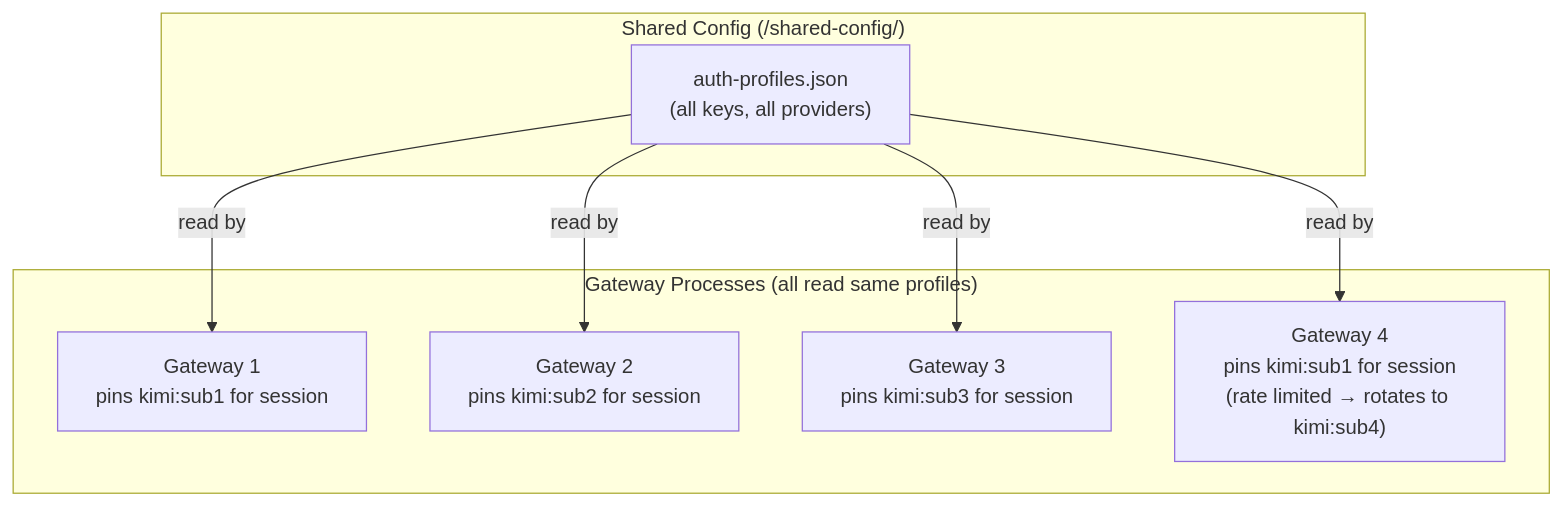
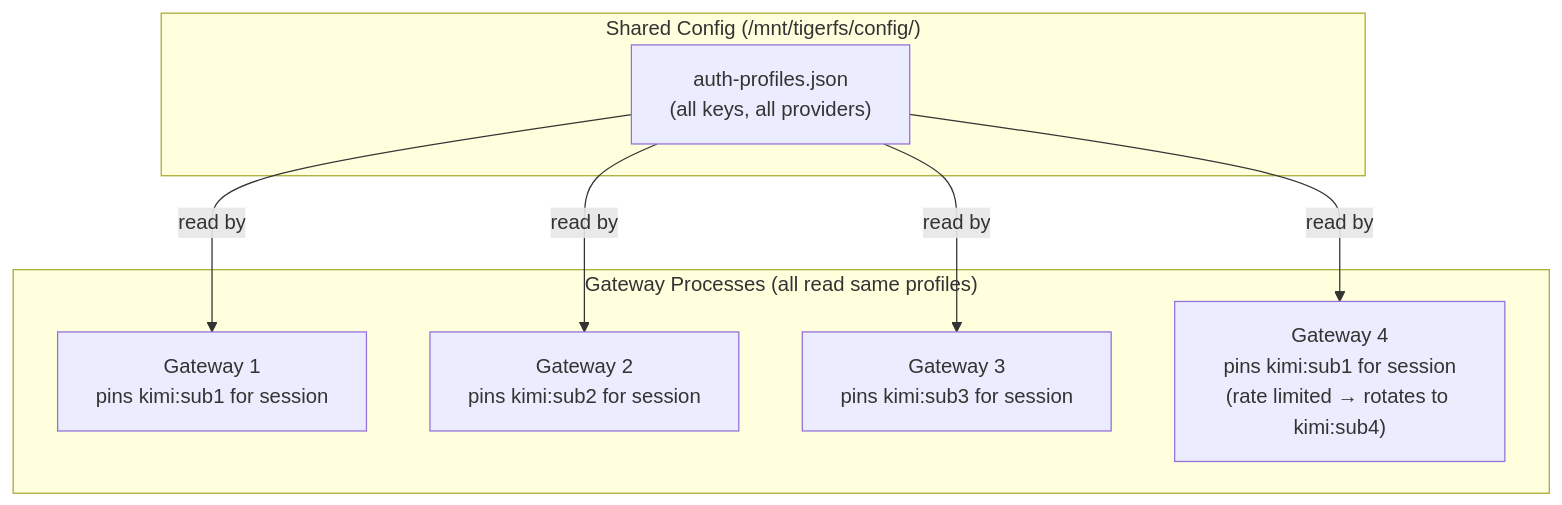
One commit to 1qh/claw changed the diagram in brainstorm/features/key-pool.md. Above: the diagram before and after it, drawn with Mermaid. The commit also changed other lines of this file and 14 other files, not shown here.

````diff
--- a/brainstorm/features/key-pool.md
+++ b/brainstorm/features/key-pool.md
@@ -20,15 +20,15 @@
 ```mermaid
 graph TB
-    subgraph "Shared Config (/shared-config/)"
+    subgraph "Shared Config (/mnt/tigerfs/config/)"
         AP["auth-profiles.json\n(all keys, all providers)"]
     end
 
     subgraph "Gateway Processes (all read same profiles)"
         GW1["Gateway 1\npins kimi:sub1 for session"]
         GW2["Gateway 2\npins kimi:sub2 for session"]
         GW3["Gateway 3\npins kimi:sub3 for session"]
         GW4["Gateway 4\npins kimi:sub1 for session\n(rate limited → rotates to kimi:sub4)"]
     end
 
     AP -->|read by| GW1 & GW2 & GW3 & GW4
 ```
````
